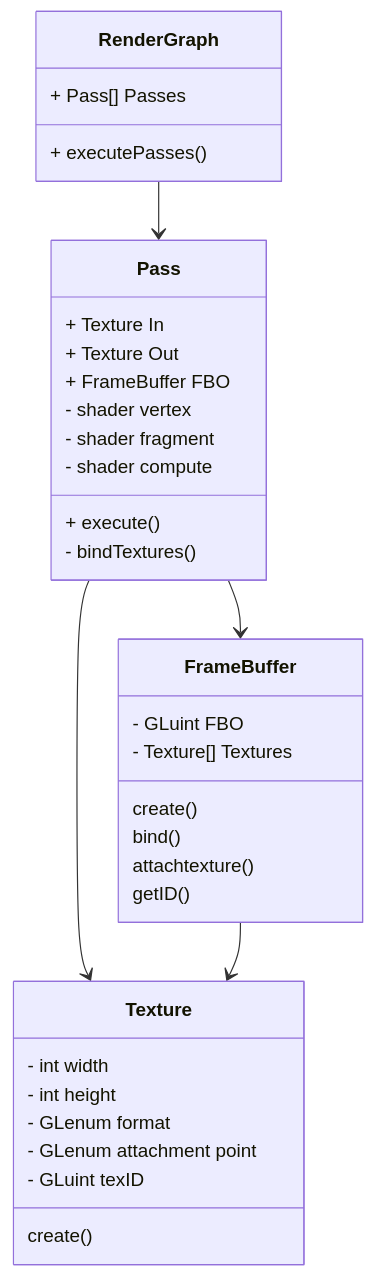
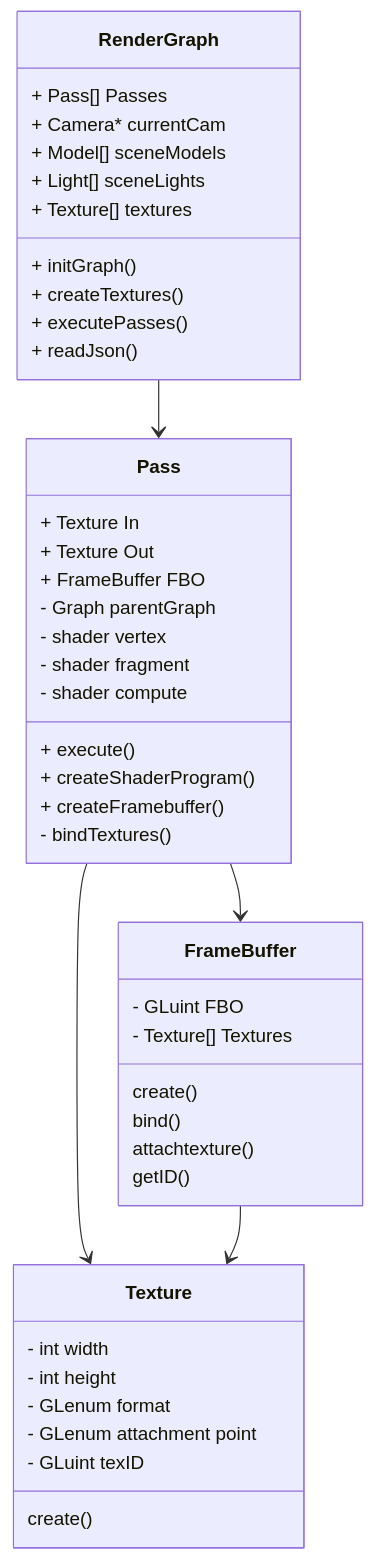
One commit to HarryTombs/GIMasterProject changed the diagram in README.md. Above: the diagram before and after it, drawn with Mermaid.

````diff
--- a/README.md
+++ b/README.md
@@ -5,42 +5,52 @@
 ```mermaid
 classDiagram
 class RenderGraph{
 + Pass[] Passes
++ Camera* currentCam
++ Model[] sceneModels
++ Light[] sceneLights
++ Texture[] textures
++ initGraph()
++ createTextures()
 + executePasses()
++ readJson()
 }
 
 class Pass {
 + Texture In
 + Texture Out
 + FrameBuffer FBO
+- Graph parentGraph
 - shader vertex
 - shader fragment
 - shader compute
 + execute()
++ createShaderProgram()
++ createFramebuffer()
 - bindTextures()
 }
 
 class FrameBuffer{
 - GLuint FBO
 - Texture[] Textures
 create()
 bind()
 attachtexture()
 getID()
 }
 
 class Texture{
 - int width
 - int height
 - GLenum format
 - GLenum attachment point
 - GLuint texID
 create()
 }
 
 RenderGraph --> Pass
 Pass --> FrameBuffer
 Pass --> Texture
 FrameBuffer --> Texture
 
 ```
````
